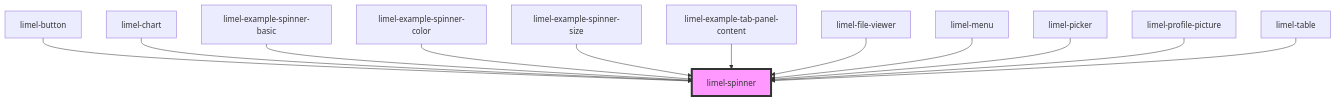
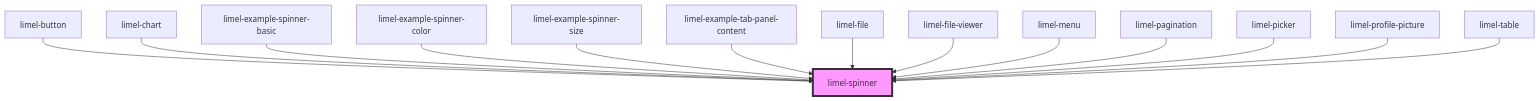
One commit to Lundalogik/lime-elements changed the diagram in versions/PR-3990/markdown-docs/components/spinner/readme.md. Above: the diagram before and after it, drawn with Mermaid. The commit also changed other lines of this file and 1095 other files, not shown here.

````diff
--- a/versions/PR-3990/markdown-docs/components/spinner/readme.md
+++ b/versions/PR-3990/markdown-docs/components/spinner/readme.md
@@ -30,15 +32,17 @@
 ```mermaid
 graph TD;
   limel-button --> limel-spinner
   limel-chart --> limel-spinner
   limel-example-spinner-basic --> limel-spinner
   limel-example-spinner-color --> limel-spinner
   limel-example-spinner-size --> limel-spinner
   limel-example-tab-panel-content --> limel-spinner
+  limel-file --> limel-spinner
   limel-file-viewer --> limel-spinner
   limel-menu --> limel-spinner
+  limel-pagination --> limel-spinner
   limel-picker --> limel-spinner
   limel-profile-picture --> limel-spinner
   limel-table --> limel-spinner
   style limel-spinner fill:#f9f,stroke:#333,stroke-width:4px
 ```
````
